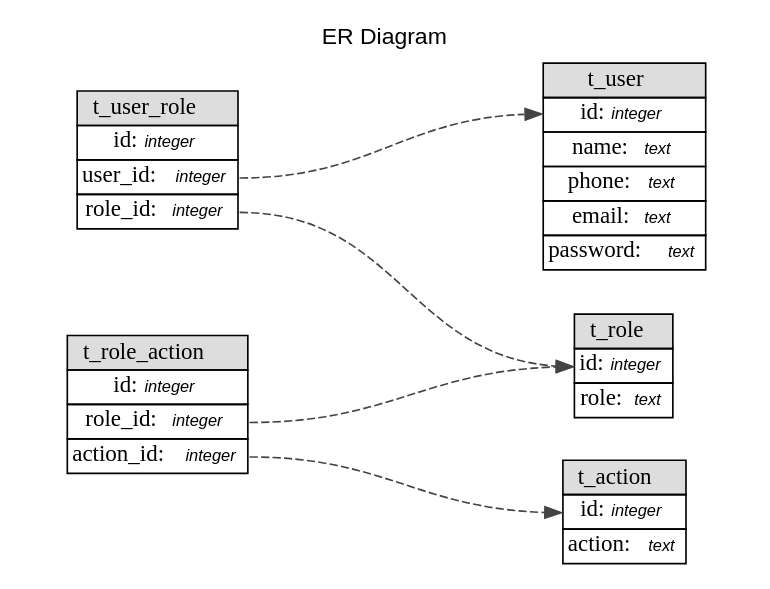
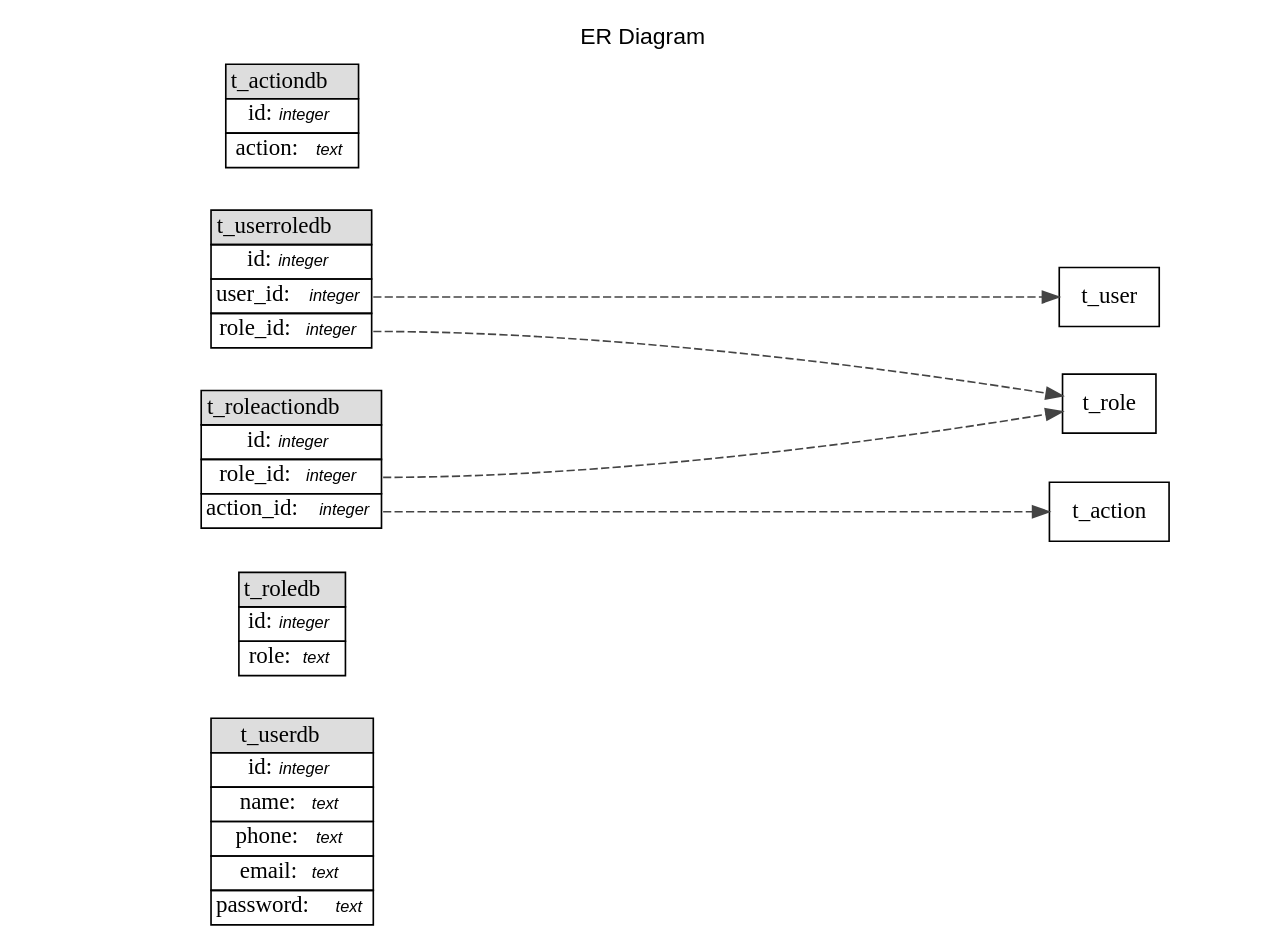
Before and after one commit to donnol/jdnote: the diagram in cmd/dbdoc/DB_cicada.dot, drawn with Graphviz. The commit also changed 64 other files, not shown here.

```diff
--- a/cmd/dbdoc/DB_cicada.dot
+++ b/cmd/dbdoc/DB_cicada.dot
@@ -1,107 +1,107 @@
 digraph "Database Structure" {
 		label = "ER Diagram";
 		labelloc = t;
 		compound = true;
 		node [ shape = record ];
 		fontname = "Helvetica";
 		ranksep = 1.25;
 		ratio = 0.7;
 		rankdir = LR;
 		
-		subgraph "table_t_user" {
+		subgraph "table_t_userdb" {
 			node [ shape = "plaintext" ]
-			"t_user" [ label=<
+			"t_userdb" [ label=<
 				<TABLE BORDER="0" CELLSPACING="0" CELLBORDER="1">
-				<TR><TD COLSPAN="3" BGCOLOR="#DDDDDD">t_user</TD></TR>
+				<TR><TD COLSPAN="3" BGCOLOR="#DDDDDD">t_userdb</TD></TR>
 				
 				<TR><TD COLSPAN="3" PORT="id">id:<FONT FACE="Helvetica-Oblique" POINT-SIZE="10">integer</FONT></TD></TR>
 	
 				<TR><TD COLSPAN="3" PORT="name">name:<FONT FACE="Helvetica-Oblique" POINT-SIZE="10">text</FONT></TD></TR>
 	
 				<TR><TD COLSPAN="3" PORT="phone">phone:<FONT FACE="Helvetica-Oblique" POINT-SIZE="10">text</FONT></TD></TR>
 	
 				<TR><TD COLSPAN="3" PORT="email">email:<FONT FACE="Helvetica-Oblique" POINT-SIZE="10">text</FONT></TD></TR>
 	
 				<TR><TD COLSPAN="3" PORT="password">password:<FONT FACE="Helvetica-Oblique" POINT-SIZE="10">text</FONT></TD></TR>
 	
 				</TABLE>>
 	 
 			]
 		}
 			
-		subgraph "table_t_role" {
+		subgraph "table_t_roledb" {
 			node [ shape = "plaintext" ]
-			"t_role" [ label=<
+			"t_roledb" [ label=<
 				<TABLE BORDER="0" CELLSPACING="0" CELLBORDER="1">
-				<TR><TD COLSPAN="3" BGCOLOR="#DDDDDD">t_role</TD></TR>
+				<TR><TD COLSPAN="3" BGCOLOR="#DDDDDD">t_roledb</TD></TR>
 				
 				<TR><TD COLSPAN="3" PORT="id">id:<FONT FACE="Helvetica-Oblique" POINT-SIZE="10">integer</FONT></TD></TR>
 	
 				<TR><TD COLSPAN="3" PORT="role">role:<FONT FACE="Helvetica-Oblique" POINT-SIZE="10">text</FONT></TD></TR>
 	
 				</TABLE>>
 	 
 			]
 		}
 			
-		subgraph "table_t_user_role" {
+		subgraph "table_t_userroledb" {
 			node [ shape = "plaintext" ]
-			"t_user_role" [ label=<
+			"t_userroledb" [ label=<
 				<TABLE BORDER="0" CELLSPACING="0" CELLBORDER="1">
-				<TR><TD COLSPAN="3" BGCOLOR="#DDDDDD">t_user_role</TD></TR>
+				<TR><TD COLSPAN="3" BGCOLOR="#DDDDDD">t_userroledb</TD></TR>
 				
 				<TR><TD COLSPAN="3" PORT="id">id:<FONT FACE="Helvetica-Oblique" POINT-SIZE="10">integer</FONT></TD></TR>
 	
 				<TR><TD COLSPAN="3" PORT="user_id">user_id:<FONT FACE="Helvetica-Oblique" POINT-SIZE="10">integer</FONT></TD></TR>
 	
 				<TR><TD COLSPAN="3" PORT="role_id">role_id:<FONT FACE="Helvetica-Oblique" POINT-SIZE="10">integer</FONT></TD></TR>
 	
 				</TABLE>>
 	 
 			]
 		}
 			
-		subgraph "table_t_action" {
+		subgraph "table_t_actiondb" {
 			node [ shape = "plaintext" ]
-			"t_action" [ label=<
+			"t_actiondb" [ label=<
 				<TABLE BORDER="0" CELLSPACING="0" CELLBORDER="1">
-				<TR><TD COLSPAN="3" BGCOLOR="#DDDDDD">t_action</TD></TR>
+				<TR><TD COLSPAN="3" BGCOLOR="#DDDDDD">t_actiondb</TD></TR>
 				
 				<TR><TD COLSPAN="3" PORT="id">id:<FONT FACE="Helvetica-Oblique" POINT-SIZE="10">integer</FONT></TD></TR>
 	
 				<TR><TD COLSPAN="3" PORT="action">action:<FONT FACE="Helvetica-Oblique" POINT-SIZE="10">text</FONT></TD></TR>
 	
 				</TABLE>>
 	 
 			]
 		}
 			
-		subgraph "table_t_role_action" {
+		subgraph "table_t_roleactiondb" {
 			node [ shape = "plaintext" ]
-			"t_role_action" [ label=<
+			"t_roleactiondb" [ label=<
 				<TABLE BORDER="0" CELLSPACING="0" CELLBORDER="1">
-				<TR><TD COLSPAN="3" BGCOLOR="#DDDDDD">t_role_action</TD></TR>
+				<TR><TD COLSPAN="3" BGCOLOR="#DDDDDD">t_roleactiondb</TD></TR>
 				
 				<TR><TD COLSPAN="3" PORT="id">id:<FONT FACE="Helvetica-Oblique" POINT-SIZE="10">integer</FONT></TD></TR>
 	
 				<TR><TD COLSPAN="3" PORT="role_id">role_id:<FONT FACE="Helvetica-Oblique" POINT-SIZE="10">integer</FONT></TD></TR>
 	
 				<TR><TD COLSPAN="3" PORT="action_id">action_id:<FONT FACE="Helvetica-Oblique" POINT-SIZE="10">integer</FONT></TD></TR>
 	
 				</TABLE>>
 	 
 			]
 		}
 			
 		edge [ arrowtail=normal, style=dashed, color="#444444" ]
 	
 		
-		t_user_role:user_id -> t_user:id
+		t_userroledb:user_id -> t_user:id
 	
-		t_user_role:role_id -> t_role:id
+		t_userroledb:role_id -> t_role:id
 	
-		t_role_action:role_id -> t_role:id
+		t_roleactiondb:role_id -> t_role:id
 	
-		t_role_action:action_id -> t_action:id
+		t_roleactiondb:action_id -> t_action:id
 	
 	}
```
